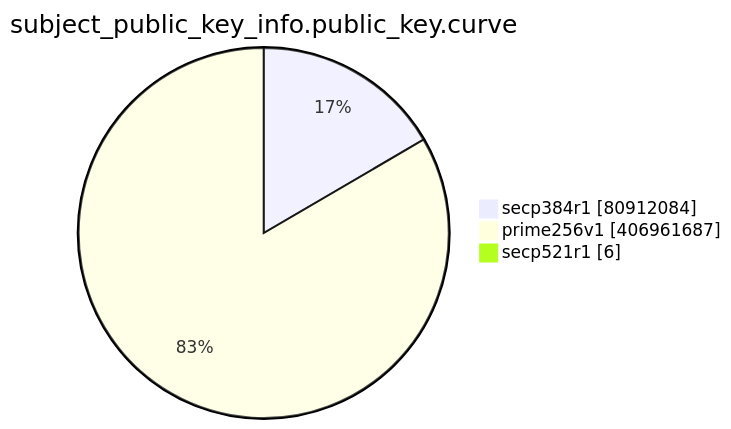
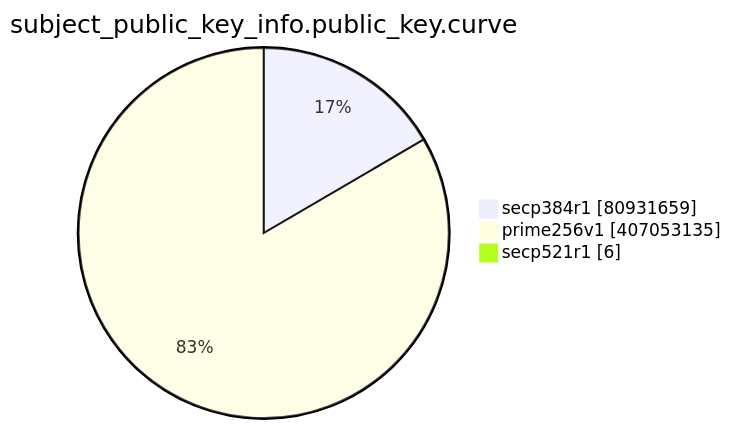
One commit to christiankrug/ctmonitor_visualization changed the eighth of 15 diagrams in TOTAL/README.md. Above: the diagram before and after it, drawn with Mermaid. The commit also changed other lines of this file, not shown here.

````diff
--- a/TOTAL/README.md
+++ b/TOTAL/README.md
@@ -3096,7 +3096,7 @@
 ```mermaid
 pie showData
 title subject_public_key_info.public_key.curve
-"secp384r1" :80912084
-"prime256v1" :406961687
+"secp384r1" :80931659
+"prime256v1" :407053135
 "secp521r1" :6
 ```
````
